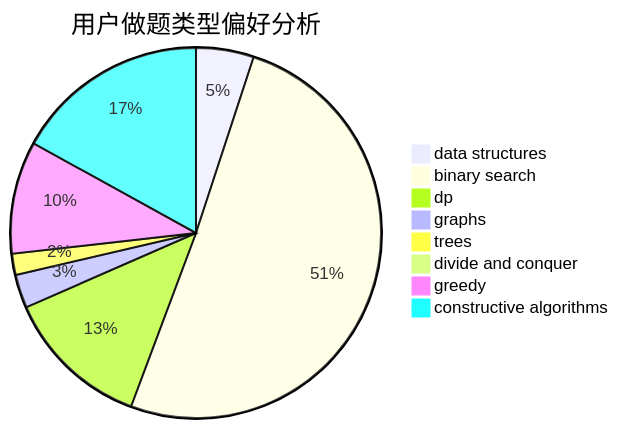
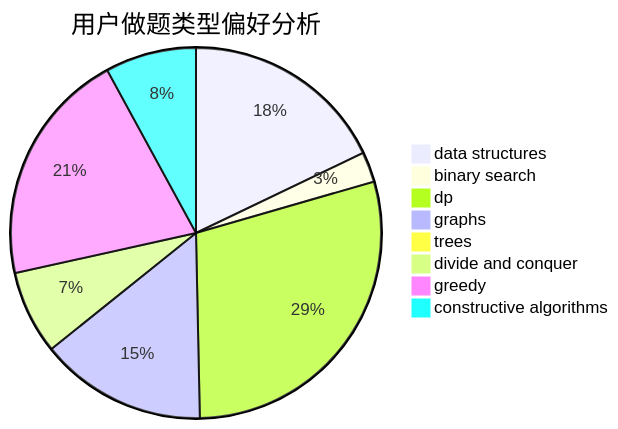
Before and after one commit to sherpahu/cfrs.github.io: the second of 3 diagrams in docs/user/u2327.md, drawn with Mermaid. The commit also changed other lines of this file and 2770 other files, not shown here.

````diff
--- a/docs/user/u2327.md
+++ b/docs/user/u2327.md
@@ -23,11 +23,11 @@
 ```mermaid
 pie title 用户做题类型偏好分析
-    "data structures" :  19
-    "binary search" :  191
-    "dp" :  48
-    "graphs" :  11
-    "trees" :  7
-    "divide and conquer" :  0
-    "greedy" :  37
-    "constructive algorithms" :  64
+    "data structures" :  27
+    "binary search" :  4
+    "dp" :  44
+    "graphs" :  22
+    "trees" :  0
+    "divide and conquer" :  11
+    "greedy" :  31
+    "constructive algorithms" :  12
 ```
````
